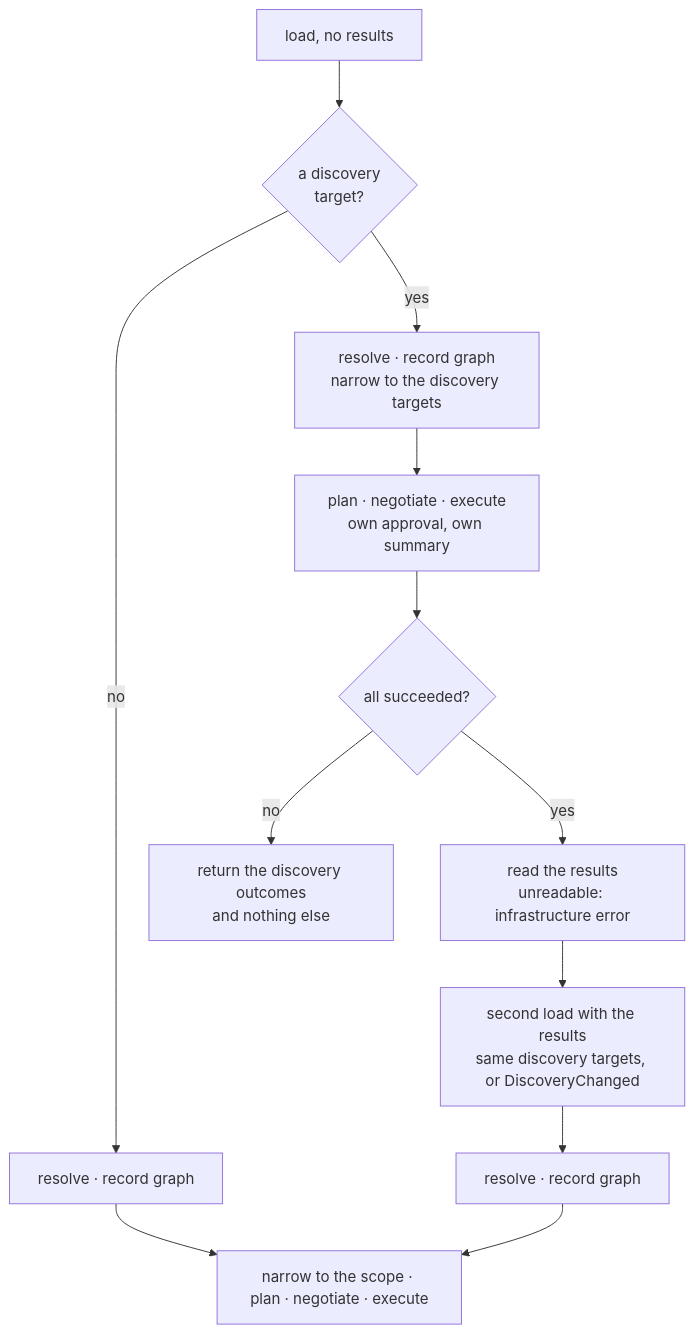
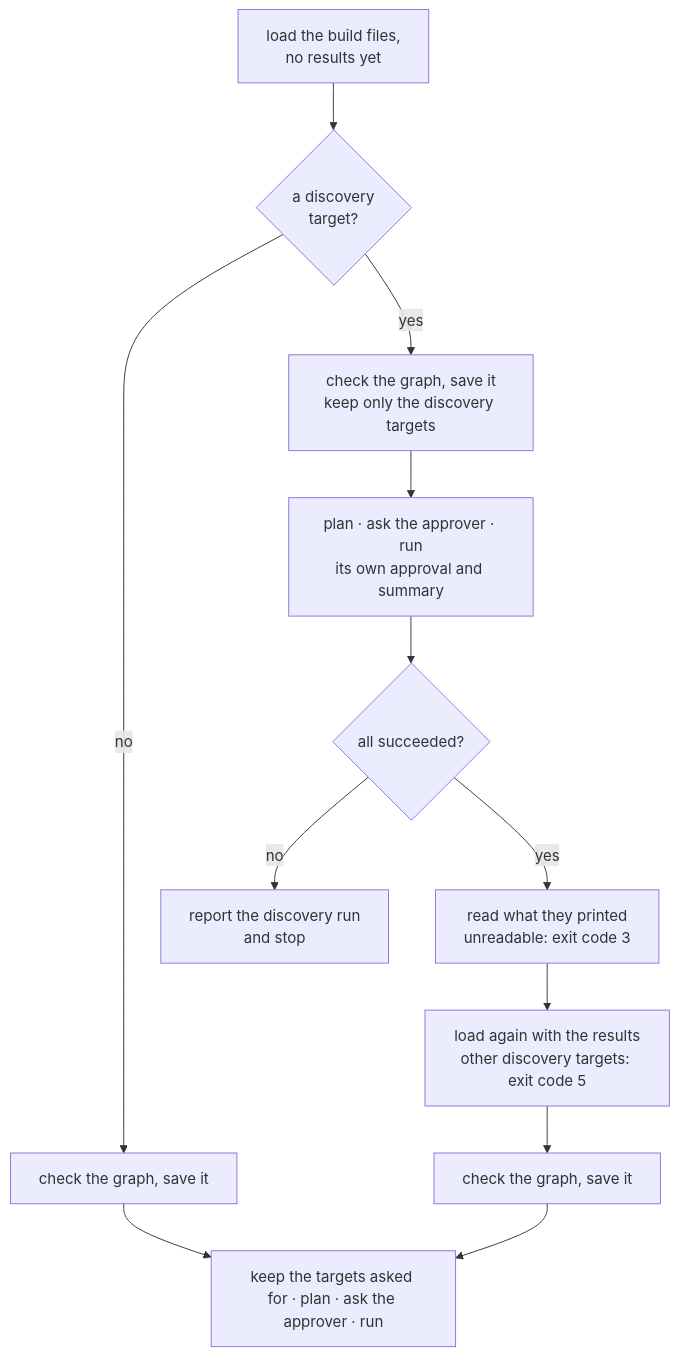
One commit to airsstack/buildl changed the second of 4 diagrams in book/src/ch07-00-discovery-targets.md. Above: the diagram before and after it, drawn with Mermaid. The commit also changed other lines of this file and 4 other files, not shown here.

````diff
--- a/book/src/ch07-00-discovery-targets.md
+++ b/book/src/ch07-00-discovery-targets.md
@@ -211,14 +211,14 @@
 ```mermaid
 %% build and test — the two passes, with the discovery run between them
 flowchart TD
-    L1["load, no results"] --> Q{"a discovery<br/>target?"}
-    Q -- no --> R1["resolve · record graph"] --> RUN
-    Q -- yes --> R0["resolve · record graph<br/>narrow to the discovery targets"]
-    R0 --> D["plan · negotiate · execute<br/>own approval, own summary"]
+    L1["load the build files,<br/>no results yet"] --> Q{"a discovery<br/>target?"}
+    Q -- no --> R1["check the graph, save it"] --> RUN
+    Q -- yes --> R0["check the graph, save it<br/>keep only the discovery targets"]
+    R0 --> D["plan · ask the approver · run<br/>its own approval and summary"]
     D --> F{"all succeeded?"}
-    F -- no --> STOP["return the discovery outcomes<br/>and nothing else"]
-    F -- yes --> RES["read the results<br/>unreadable: infrastructure error"]
-    RES --> L2["second load with the results<br/>same discovery targets, or DiscoveryChanged"]
-    L2 --> R2["resolve · record graph"] --> RUN
-    RUN["narrow to the scope · plan · negotiate · execute"]
+    F -- no --> STOP["report the discovery run<br/>and stop"]
+    F -- yes --> RES["read what they printed<br/>unreadable: exit code 3"]
+    RES --> L2["load again with the results<br/>other discovery targets: exit code 5"]
+    L2 --> R2["check the graph, save it"] --> RUN
+    RUN["keep the targets asked for · plan · ask the approver · run"]
 ```
````
